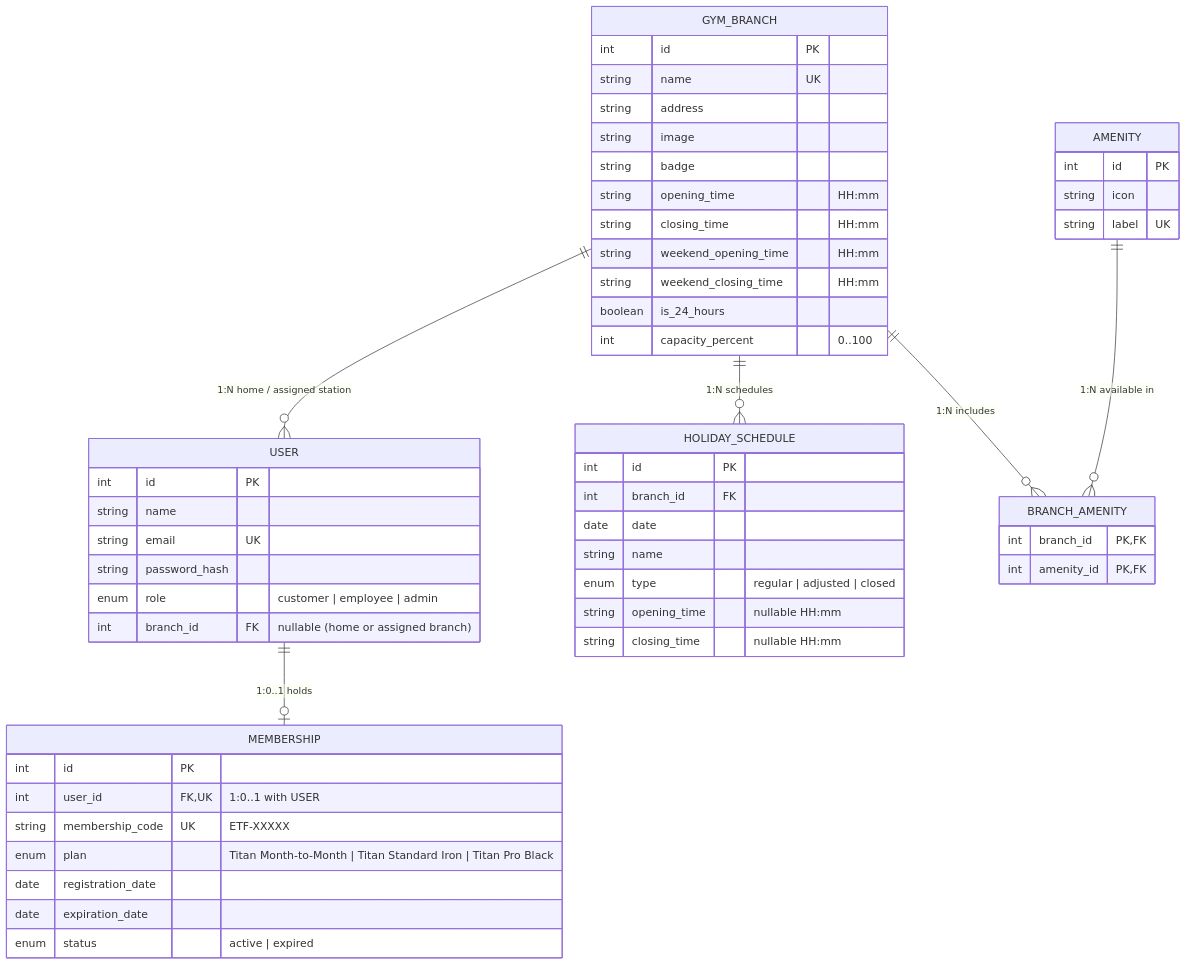
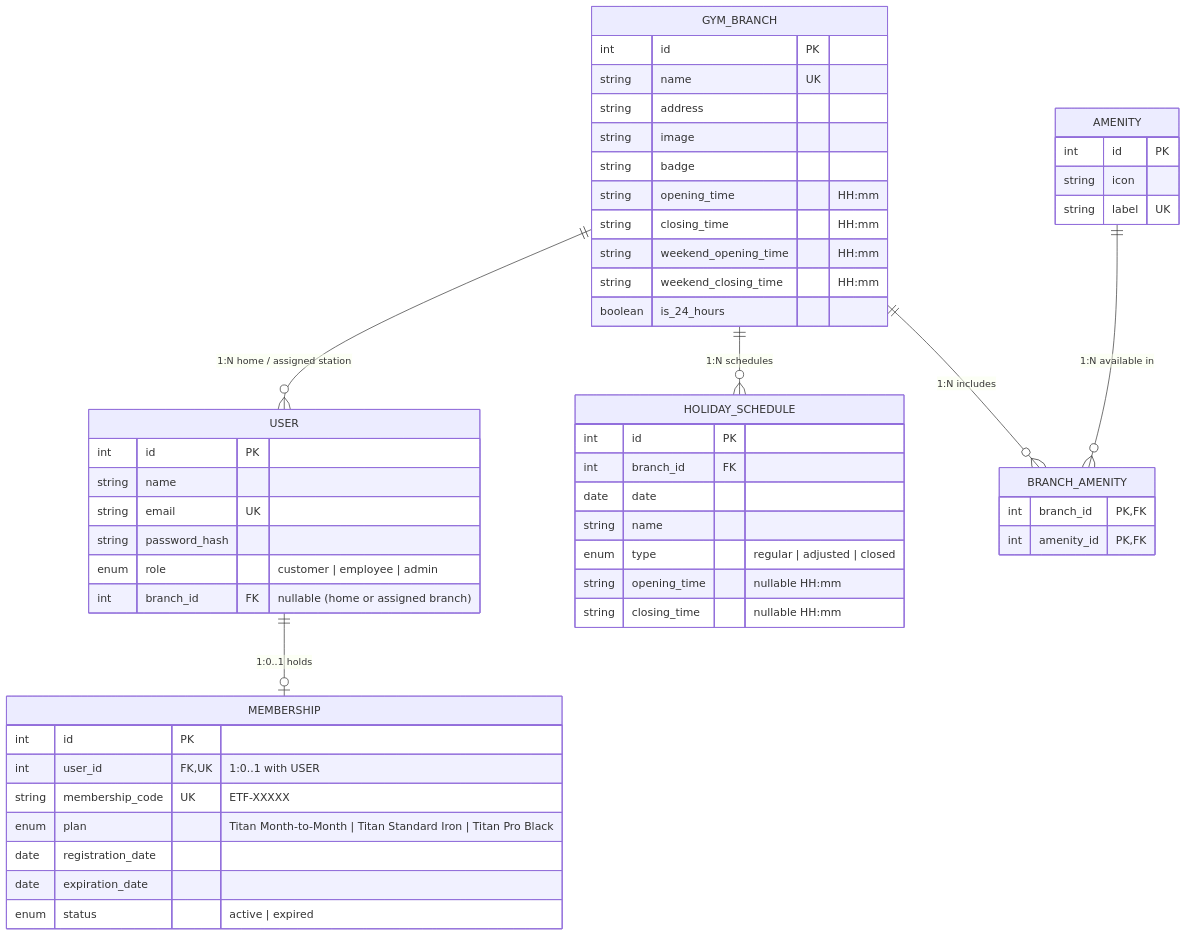
The diagram in doc/erd.md (PiVathanak/Earth-Titan-Fitness), drawn with Mermaid before and after one commit. The commit also changed other lines of this file and 20 other files, not shown here.

````diff
--- a/doc/erd.md
+++ b/doc/erd.md
@@ -9,62 +9,61 @@
 ```mermaid
 erDiagram
     GYM_BRANCH ||--o{ USER : "1:N home / assigned station"
     USER ||--o| MEMBERSHIP : "1:0..1 holds"
     GYM_BRANCH ||--o{ HOLIDAY_SCHEDULE : "1:N schedules"
     GYM_BRANCH ||--o{ BRANCH_AMENITY : "1:N includes"
     AMENITY ||--o{ BRANCH_AMENITY : "1:N available in"
 
     USER {
         int id PK
         string name
         string email UK
         string password_hash
         enum role "customer | employee | admin"
         int branch_id FK "nullable (home or assigned branch)"
     }
 
     MEMBERSHIP {
         int id PK
         int user_id FK,UK "1:0..1 with USER"
         string membership_code UK "ETF-XXXXX"
         enum plan "Titan Month-to-Month | Titan Standard Iron | Titan Pro Black"
         date registration_date
         date expiration_date
         enum status "active | expired"
     }
 
     GYM_BRANCH {
         int id PK
         string name UK
         string address
         string image
         string badge
         string opening_time "HH:mm"
         string closing_time "HH:mm"
         string weekend_opening_time "HH:mm"
         string weekend_closing_time "HH:mm"
         boolean is_24_hours
-        int capacity_percent "0..100"
     }
 
     HOLIDAY_SCHEDULE {
         int id PK
         int branch_id FK
         date date
         string name
         enum type "regular | adjusted | closed"
         string opening_time "nullable HH:mm"
         string closing_time "nullable HH:mm"
     }
 
     AMENITY {
         int id PK
         string icon
         string label UK
     }
 
     BRANCH_AMENITY {
         int branch_id PK,FK
         int amenity_id PK,FK
     }
 ```
````
